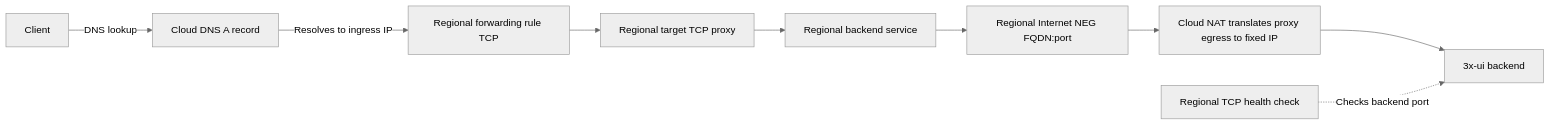
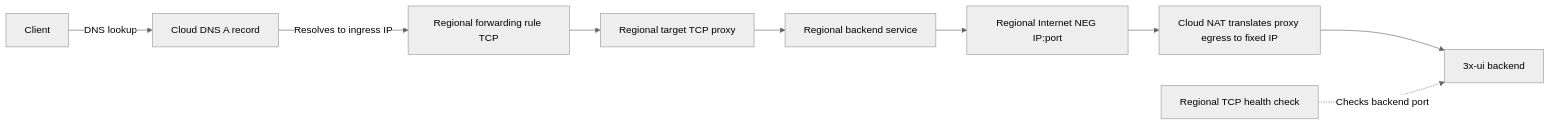
The diagram in README.md (mcfly722/cdn-vpn), drawn with Mermaid (neutral theme) before and after one commit. The commit also changed other lines of this file and 8 other files, not shown here.

Commit message:
backend_fqdn replaced with ip, changing health_check port

````diff
--- a/README.md
+++ b/README.md
@@ -7,11 +7,11 @@
 ```mermaid
 flowchart LR
   Client[Client] -->|DNS lookup| DNS[Cloud DNS A record]
   DNS -->|Resolves to ingress IP| FR[Regional forwarding rule TCP]
   FR --> Proxy[Regional target TCP proxy]
   Proxy --> BS[Regional backend service]
-  BS --> NEG[Regional Internet NEG FQDN:port]
+  BS --> NEG[Regional Internet NEG IP:port]
   NEG --> NAT[Cloud NAT translates proxy egress to fixed IP]
   NAT --> Backend[3x-ui backend]
   Health[Regional TCP health check] -.->|Checks backend port| Backend
 ```
````
